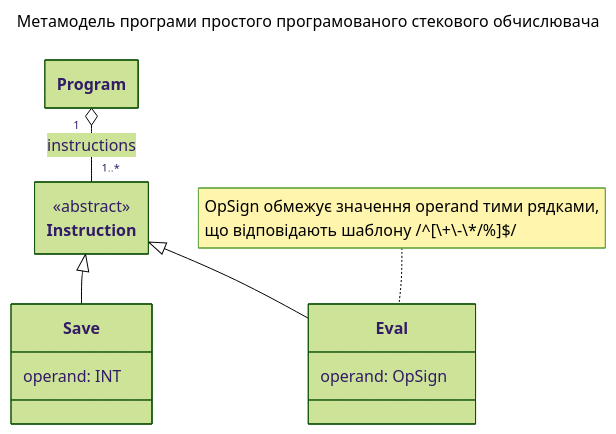
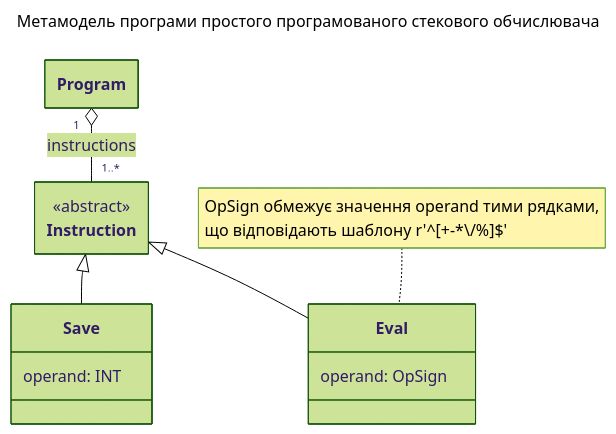
The diagram in Arithmetics. Метамодель мови простого програмованого стекового обчислювача.md (gzholtkevych/Design-Compilers-for-DSL), drawn with Mermaid (forest theme) before and after one commit. The commit also changed other lines of this file and 1 other file, not shown here.

````diff
--- a/Arithmetics. Метамодель мови простого програмованого стекового обчислювача.md
+++ b/Arithmetics. Метамодель мови простого програмованого стекового обчислювача.md
@@ -29,18 +29,18 @@
 ```mermaid
 ---
 title: Метамодель програми простого програмованого стекового обчислювача
 config:
   class:
     hideEmptyMembersBox: true
 ---
 classDiagram
 	class Program
 	class Instruction {<<abstract>>}
 	class Save {operand: INT}
 	class Eval {operand: OpSign}
 	
 	Program "1" o-- "1..*" Instruction: instructions
 	Instruction <|-- Save
 	Instruction <|-- Eval
-	note for Eval "OpSign обмежує значення operand тими рядками,<br/>що відповідають шаблону /^[\\+\\-\\*/%]$/"
+	note for Eval "OpSign обмежує значення operand тими рядками,<br/>що відповідають шаблону r'^[+-*\\/%]$'"
 ```
````
